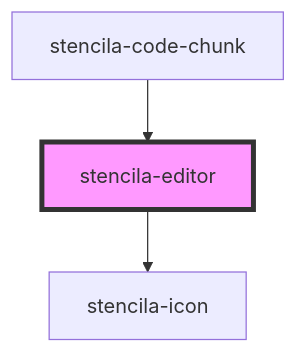
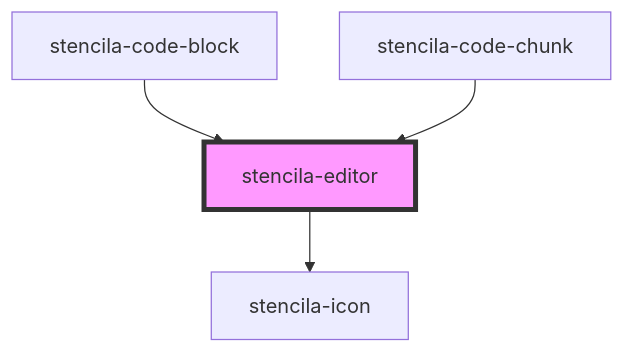
The diagram in packages/components/src/components/editor/readme.md (stencila/designa), drawn with Mermaid before and after one commit. The commit also changed other lines of this file and 7 other files, not shown here.

Commit message:
feat(CodeBlock): Add CodeBlock component

````diff
--- a/packages/components/src/components/editor/readme.md
+++ b/packages/components/src/components/editor/readme.md
@@ -124,6 +125,7 @@
 ```mermaid
 graph TD;
   stencila-editor --> stencila-icon
+  stencila-code-block --> stencila-editor
   stencila-code-chunk --> stencila-editor
   style stencila-editor fill:#f9f,stroke:#333,stroke-width:4px
 ```
````
